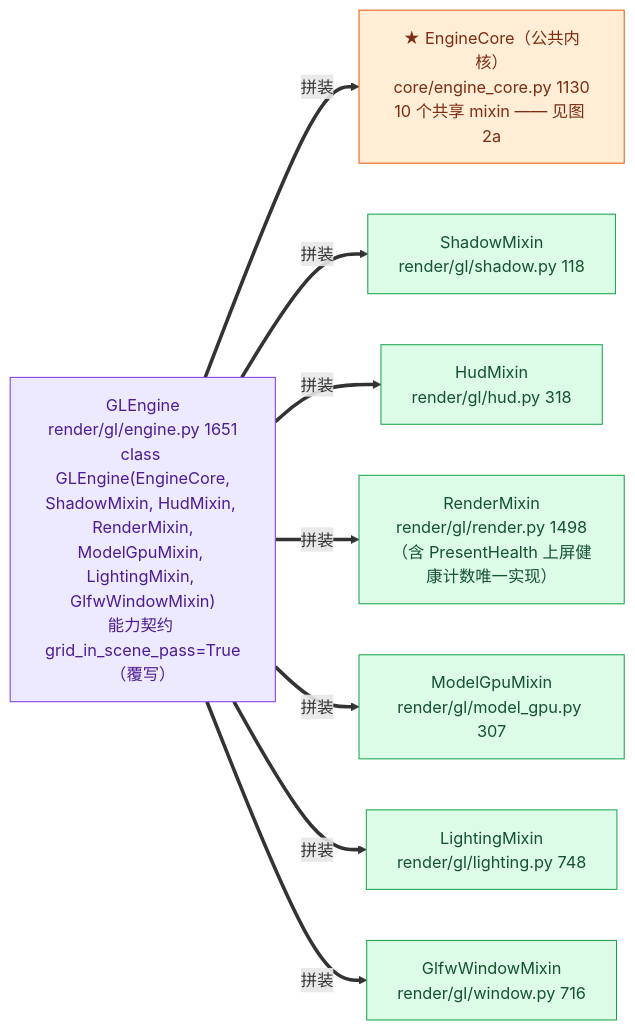
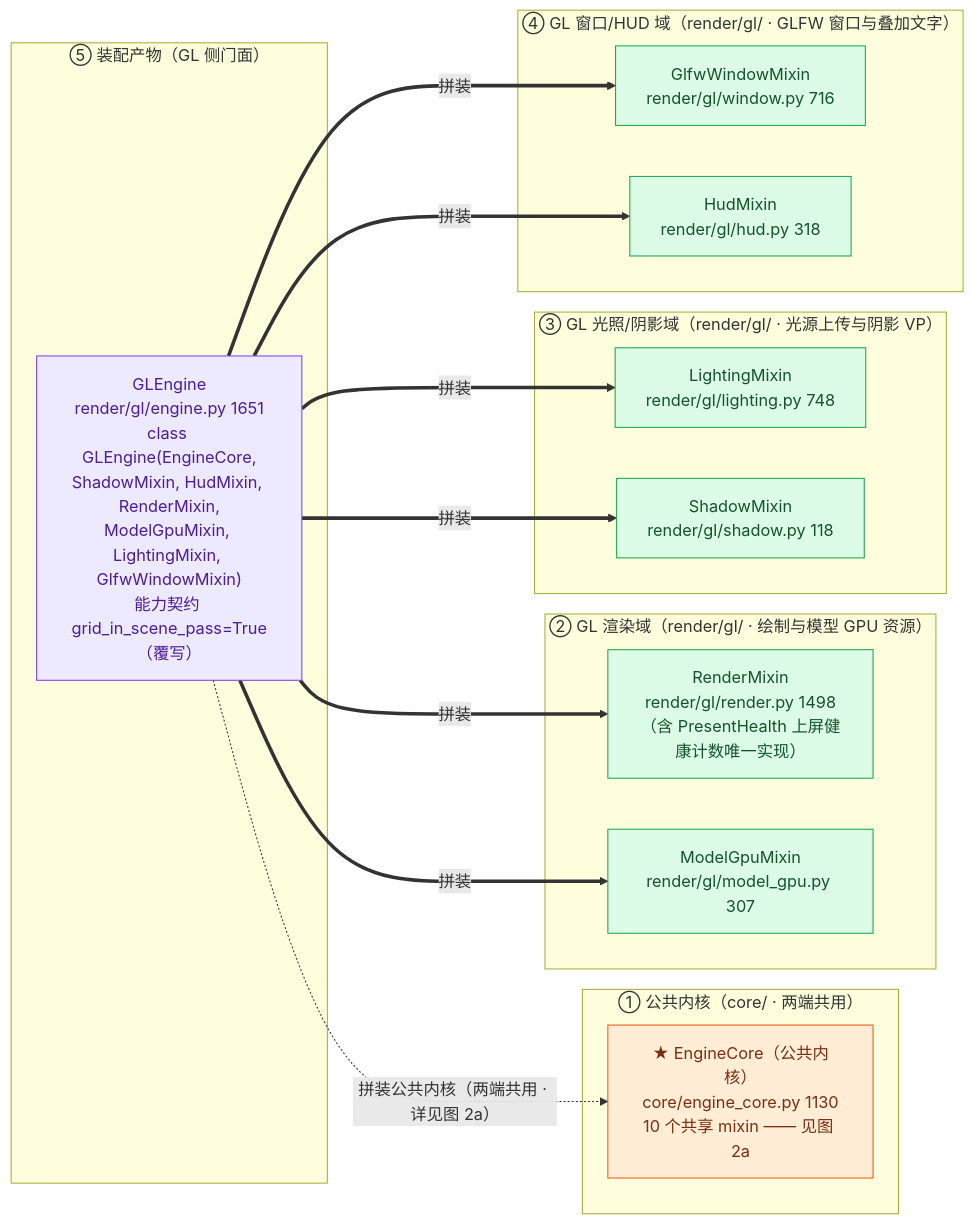
Before and after one commit to lhy302/WeaveEngine: the second of 23 diagrams in ARCHITECTURE.md, drawn with Mermaid. The commit also changed other lines of this file, not shown here.

Commit message:
docs: 图 2~7 全部改为功能模块分框结构（图 1 样板推广：subgraph=归属目录+职责，框内=真实文件，跨框连线=模块关系）

````diff
--- a/ARCHITECTURE.md
+++ b/ARCHITECTURE.md
@@ -243,21 +243,31 @@
 ```mermaid
 flowchart LR
-  G["GLEngine<br/>render/gl/engine.py 1651<br/>class GLEngine(EngineCore,<br/>ShadowMixin, HudMixin, RenderMixin,<br/>ModelGpuMixin, LightingMixin, GlfwWindowMixin)<br/>能力契约 grid_in_scene_pass=True（覆写）"]:::facade
-  K["★ EngineCore（公共内核）<br/>core/engine_core.py 1130<br/>10 个共享 mixin —— 见图 2a"]:::contract
-  M1["ShadowMixin<br/>render/gl/shadow.py 118"]:::impl
-  M2["HudMixin<br/>render/gl/hud.py 318"]:::impl
-  M3["RenderMixin<br/>render/gl/render.py 1498<br/>（含 PresentHealth 上屏健康计数唯一实现）"]:::impl
-  M4["ModelGpuMixin<br/>render/gl/model_gpu.py 307"]:::impl
-  M5["LightingMixin<br/>render/gl/lighting.py 748"]:::impl
-  M6["GlfwWindowMixin<br/>render/gl/window.py 716"]:::impl
-  G ==>|拼装| K
-  G ==>|拼装| M1
-  G ==>|拼装| M2
+  subgraph CORE["① 公共内核（core/ · 两端共用）"]
+    K["★ EngineCore（公共内核）<br/>core/engine_core.py 1130<br/>10 个共享 mixin —— 见图 2a"]:::contract
+  end
+  subgraph RENDOM["② GL 渲染域（render/gl/ · 绘制与模型 GPU 资源）"]
+    M3["RenderMixin<br/>render/gl/render.py 1498<br/>（含 PresentHealth 上屏健康计数唯一实现）"]:::impl
+    M4["ModelGpuMixin<br/>render/gl/model_gpu.py 307"]:::impl
+  end
+  subgraph LIGHTDOM["③ GL 光照/阴影域（render/gl/ · 光源上传与阴影 VP）"]
+    M5["LightingMixin<br/>render/gl/lighting.py 748"]:::impl
+    M1["ShadowMixin<br/>render/gl/shadow.py 118"]:::impl
+  end
+  subgraph WINDOM["④ GL 窗口/HUD 域（render/gl/ · GLFW 窗口与叠加文字）"]
+    M6["GlfwWindowMixin<br/>render/gl/window.py 716"]:::impl
+    M2["HudMixin<br/>render/gl/hud.py 318"]:::impl
+  end
+  subgraph PROD["⑤ 装配产物（GL 侧门面）"]
+    G["GLEngine<br/>render/gl/engine.py 1651<br/>class GLEngine(EngineCore,<br/>ShadowMixin, HudMixin, RenderMixin,<br/>ModelGpuMixin, LightingMixin, GlfwWindowMixin)<br/>能力契约 grid_in_scene_pass=True（覆写）"]:::facade
+  end
+  G -.->|拼装公共内核（两端共用 · 详见图 2a）| K
   G ==>|拼装| M3
   G ==>|拼装| M4
   G ==>|拼装| M5
+  G ==>|拼装| M1
   G ==>|拼装| M6
+  G ==>|拼装| M2
   classDef facade fill:#ede9fe,stroke:#7c3aed,color:#4c1d95
   classDef impl fill:#dcfce7,stroke:#16a34a,color:#14532d
   classDef contract fill:#ffedd5,stroke:#ea580c,color:#7c2d12
 ```
````
